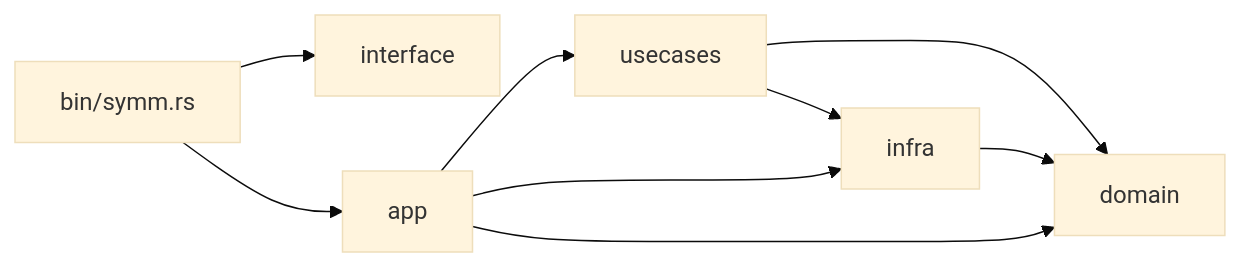
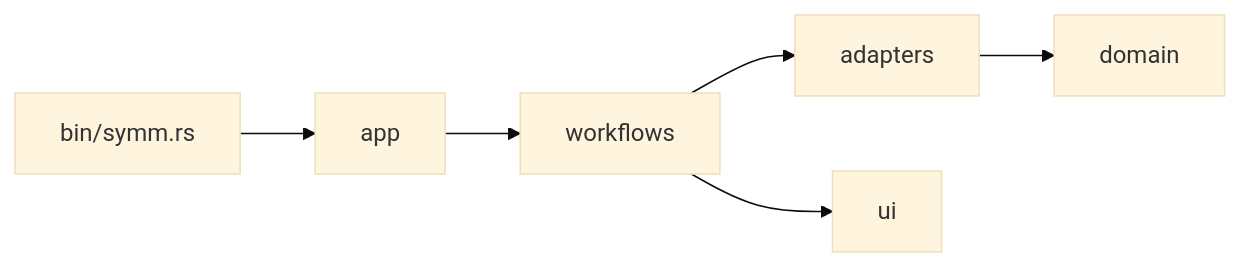
One commit to 835519608/symm changed the first of 4 diagrams in README.md. Above: the diagram before and after it, drawn with Mermaid (base theme). The commit also changed other lines of this file and 55 other files, not shown here.

````diff
--- a/README.md
+++ b/README.md
@@ -91,11 +100,8 @@
 ```mermaid
 flowchart LR
-binSymm[bin/symm.rs] --> interfaceLayer[interface]
-binSymm --> appLayer[app]
-appLayer --> usecasesLayer[usecases]
-appLayer --> infraLayer[infra]
-appLayer --> domainLayer[domain]
-usecasesLayer --> domainLayer
-usecasesLayer --> infraLayer
-infraLayer --> domainLayer
+binSymm[bin/symm.rs] --> appLayer[app]
+appLayer --> workflowsLayer[workflows]
+workflowsLayer --> adaptersLayer[adapters]
+adaptersLayer --> domainLayer[domain]
+workflowsLayer --> uiLayer[ui]
 ```
````
